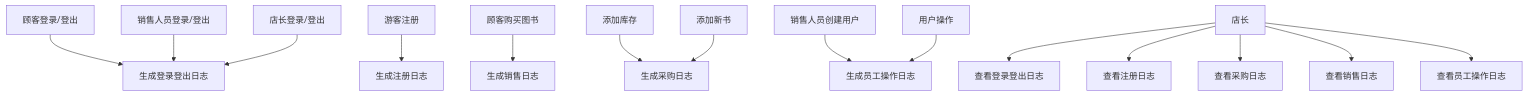
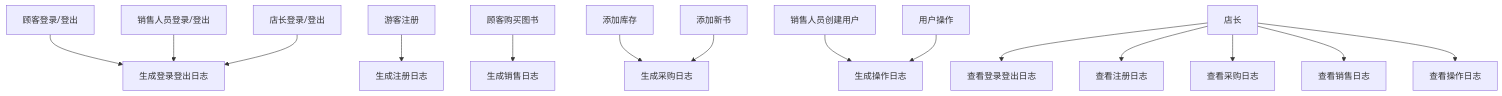
The fourth of 8 diagrams in 需求分析文档.md (yuki-cjm/Bookstore-2025), drawn with Mermaid before and after one commit. The commit also changed other lines of this file, not shown here.

````diff
--- a/需求分析文档.md
+++ b/需求分析文档.md
@@ -143,32 +143,32 @@
 ```mermaid
 graph TD
     A1[顾客登录/登出]-->D1
     B1[销售人员登录/登出]-->D1
     C1[店长登录/登出]-->D1
     D1[生成登录登出日志]
 
     A2[游客注册]-->D2
     D2[生成注册日志]
 
     A3[顾客购买图书]-->D3
     D3[生成销售日志]
 
     B4[添加库存]-->D4
     C4[添加新书]-->D4
     D4[生成采购日志]
 
     A6[销售人员创建用户]-->D6
     B6[用户操作]-->D6
-    D6[生成员工操作日志]
+    D6[生成操作日志]
 
     A5[店长]-->B5
     A5-->C5
     A5-->D5
     A5-->E5
     A5-->F5
     B5[查看登录登出日志]
     C5[查看注册日志]
     D5[查看采购日志]
     E5[查看销售日志]
-    F5[查看员工操作日志]
+    F5[查看操作日志]
 ```
````
